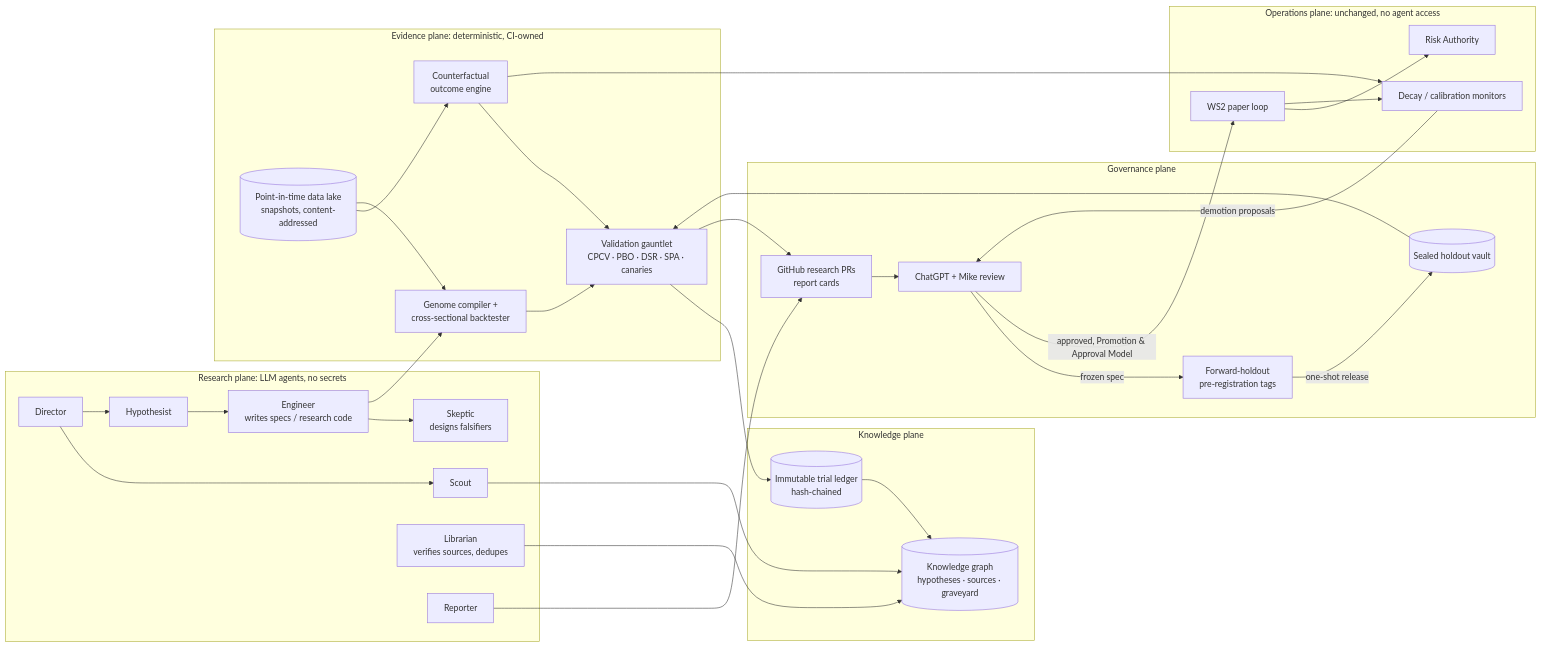
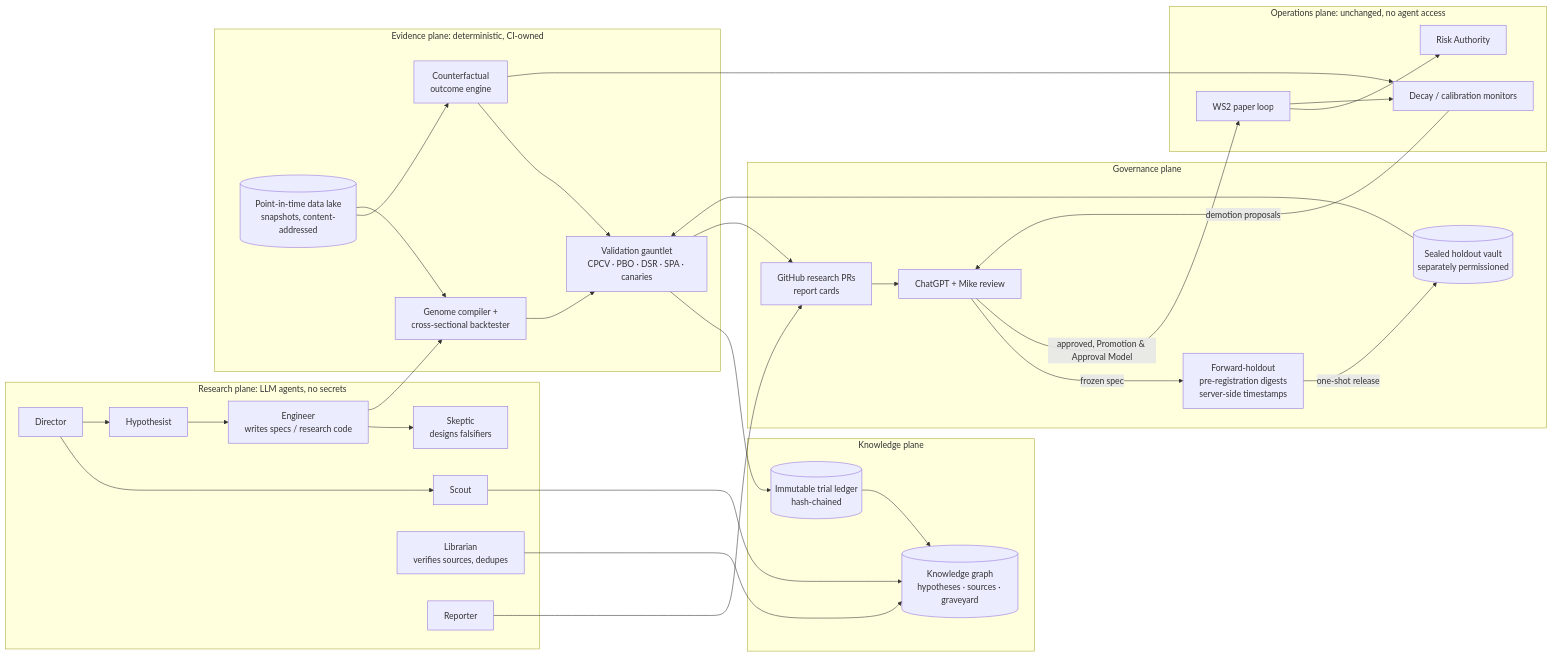
One commit to mikemitakidis/algotrading changed the diagram in docs/research/M21_autonomous_research_engine_proposal.md. Above: the diagram before and after it, drawn with Mermaid. The commit also changed other lines of this file and 1 other file, not shown here.

````diff
--- a/docs/research/M21_autonomous_research_engine_proposal.md
+++ b/docs/research/M21_autonomous_research_engine_proposal.md
@@ -332,50 +357,50 @@
 ```mermaid
 flowchart LR
   subgraph K[Knowledge plane]
     KG[(Knowledge graph<br/>hypotheses · sources · graveyard)]
     LED[(Immutable trial ledger<br/>hash-chained)]
   end
   subgraph R[Research plane: LLM agents, no secrets]
     DIR[Director] --> SC[Scout]
     DIR --> HY[Hypothesist]
     HY --> ENG[Engineer<br/>writes specs / research code]
     ENG --> SK[Skeptic<br/>designs falsifiers]
     LIB[Librarian<br/>verifies sources, dedupes]
     REP[Reporter]
   end
   subgraph E[Evidence plane: deterministic, CI-owned]
     DL[(Point-in-time data lake<br/>snapshots, content-addressed)]
     CF[Counterfactual<br/>outcome engine]
     BT[Genome compiler +<br/>cross-sectional backtester]
     GA[Validation gauntlet<br/>CPCV · PBO · DSR · SPA · canaries]
   end
   subgraph G[Governance plane]
     PR[GitHub research PRs<br/>report cards]
     REV[ChatGPT + Mike review]
-    VAULT[(Sealed holdout vault)]
-    FWD[Forward-holdout<br/>pre-registration tags]
+    VAULT[(Sealed holdout vault<br/>separately permissioned)]
+    FWD[Forward-holdout<br/>pre-registration digests<br/>server-side timestamps]
   end
   subgraph O[Operations plane: unchanged, no agent access]
     PAPER[WS2 paper loop] --> RA[Risk Authority]
     MON[Decay / calibration monitors]
   end
   SC --> KG
   ENG --> BT
   BT --> GA
   CF --> GA
   DL --> CF
   DL --> BT
   GA --> LED
   GA --> PR
   REP --> PR
   PR --> REV
   REV -->|frozen spec| FWD
   FWD -->|one-shot release| VAULT
   VAULT --> GA
   REV -->|approved, Promotion & Approval Model| PAPER
   PAPER --> MON
   CF --> MON
   MON -->|demotion proposals| REV
   LIB --> KG
   LED --> KG
 ```
````
